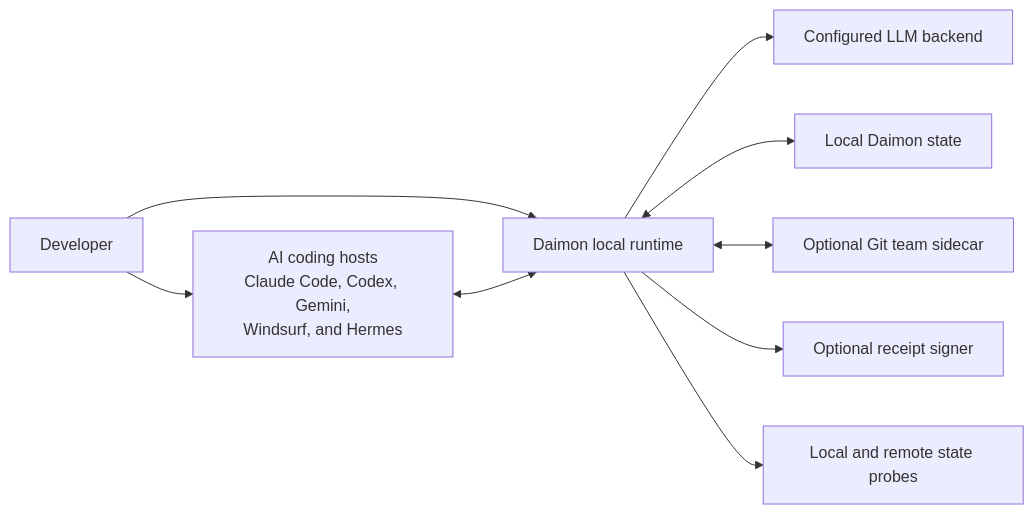
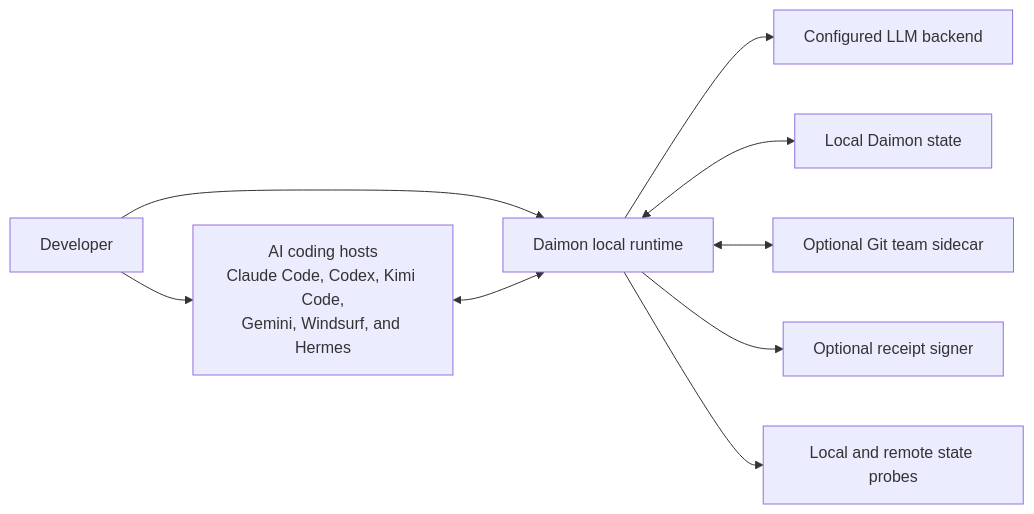
One commit to Daily-Nerd/daimon changed the first of 7 diagrams in docs/RUNTIME-ARCHITECTURE.md. Above: the diagram before and after it, drawn with Mermaid. The commit also changed other lines of this file and 18 other files, not shown here.

````diff
--- a/docs/RUNTIME-ARCHITECTURE.md
+++ b/docs/RUNTIME-ARCHITECTURE.md
@@ -22,21 +22,21 @@
 ```mermaid
 flowchart LR
     User["Developer"]
 
-    Hosts["AI coding hosts<br/>Claude Code, Codex, Gemini,<br/>Windsurf, and Hermes"]
+    Hosts["AI coding hosts<br/>Claude Code, Codex, Kimi Code,<br/>Gemini, Windsurf, and Hermes"]
     Daimon["Daimon local runtime"]
     LLM["Configured LLM backend"]
     Local["Local Daimon state"]
     Team["Optional Git team sidecar"]
     Receipt["Optional receipt signer"]
     World["Local and remote state probes"]
 
     User --> Hosts
     User --> Daimon
     Hosts <--> Daimon
     Daimon --> LLM
     Daimon <--> Local
     Daimon <--> Team
     Daimon --> Receipt
     Daimon --> World
 ```
````
